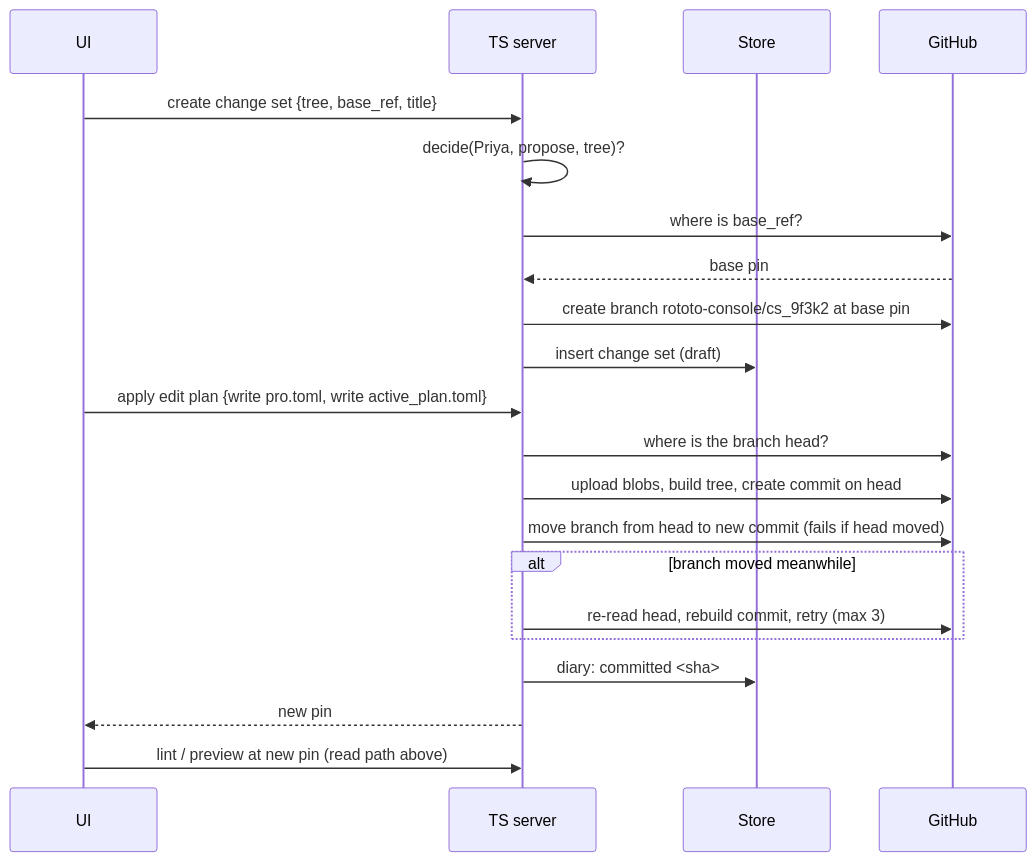
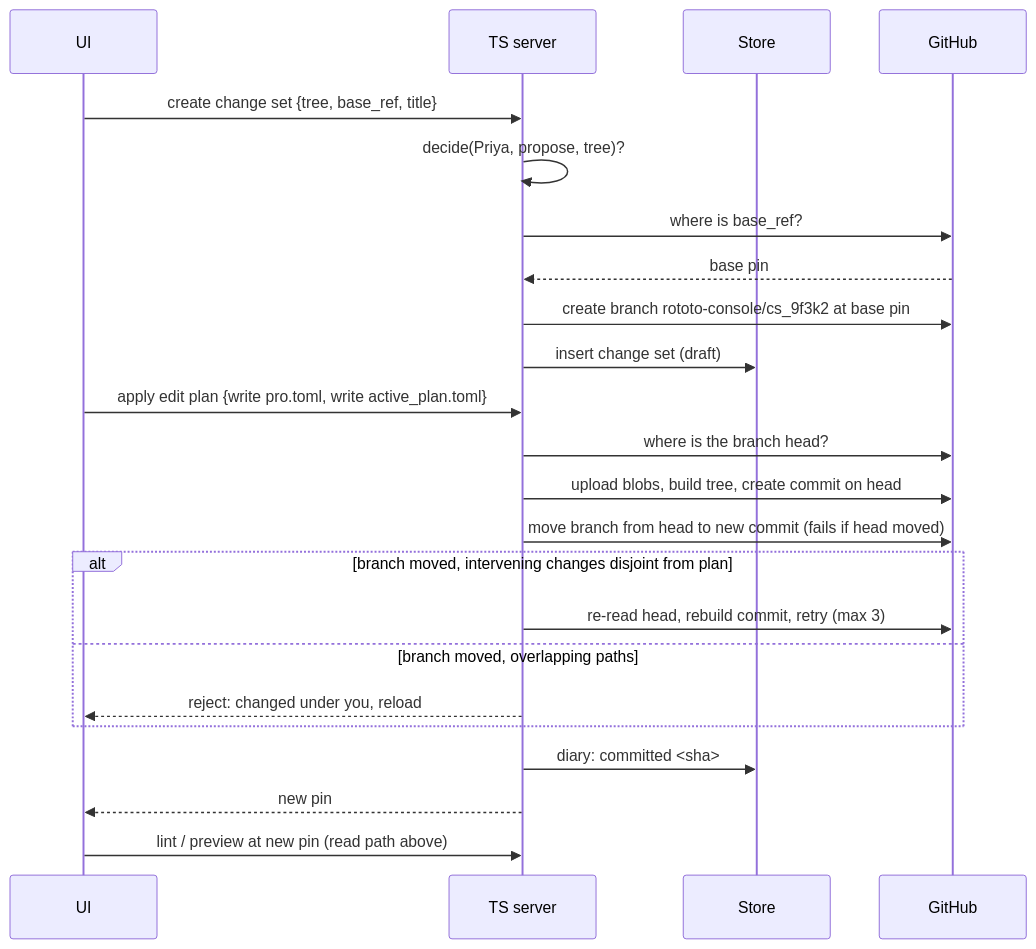
One commit to manasgarg/rototo changed the third of 5 diagrams in design/console-git-ops.md. Above: the diagram before and after it, drawn with Mermaid. The commit also changed other lines of this file and 1 other file, not shown here.

````diff
--- a/design/console-git-ops.md
+++ b/design/console-git-ops.md
@@ -241,24 +244,26 @@
 ```mermaid
 sequenceDiagram
     participant UI
     participant TS as TS server
     participant ST as Store
     participant GH as GitHub
 
     UI->>TS: create change set {tree, base_ref, title}
     TS->>TS: decide(Priya, propose, tree)?
     TS->>GH: where is base_ref?
     GH-->>TS: base pin
     TS->>GH: create branch rototo-console/cs_9f3k2 at base pin
     TS->>ST: insert change set (draft)
     UI->>TS: apply edit plan {write pro.toml, write active_plan.toml}
     TS->>GH: where is the branch head?
     TS->>GH: upload blobs, build tree, create commit on head
     TS->>GH: move branch from head to new commit (fails if head moved)
-    alt branch moved meanwhile
+    alt branch moved, intervening changes disjoint from plan
         TS->>GH: re-read head, rebuild commit, retry (max 3)
+    else branch moved, overlapping paths
+        TS-->>UI: reject: changed under you, reload
     end
     TS->>ST: diary: committed <sha>
     TS-->>UI: new pin
     UI->>TS: lint / preview at new pin (read path above)
 ```
````
